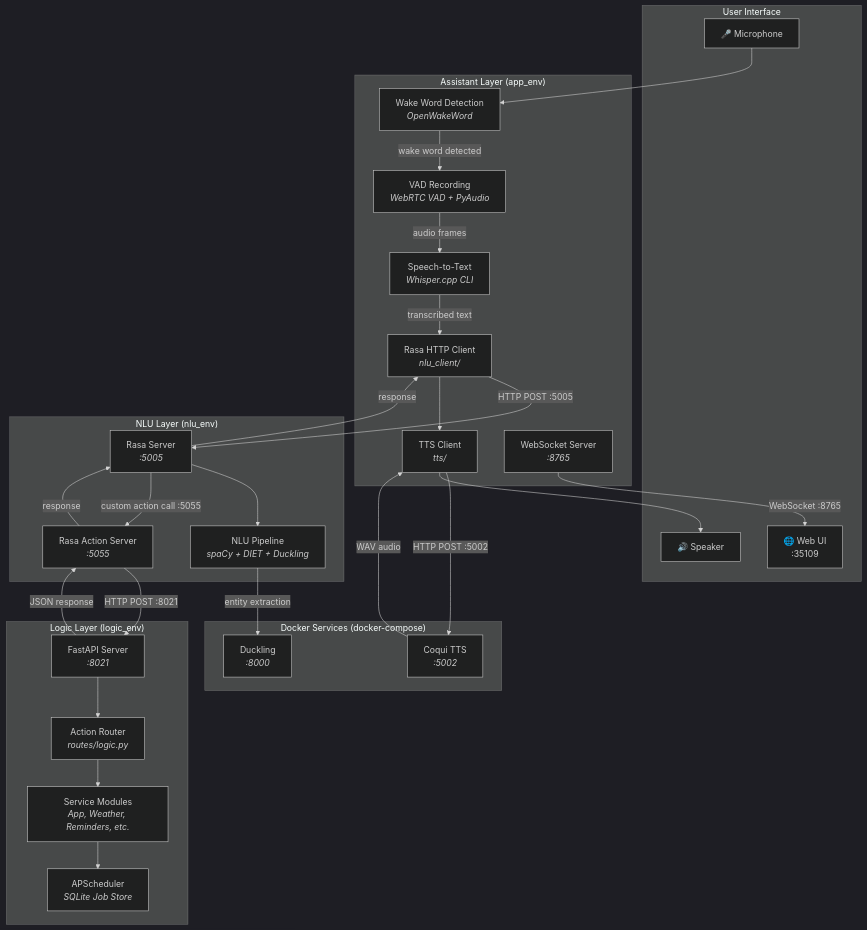
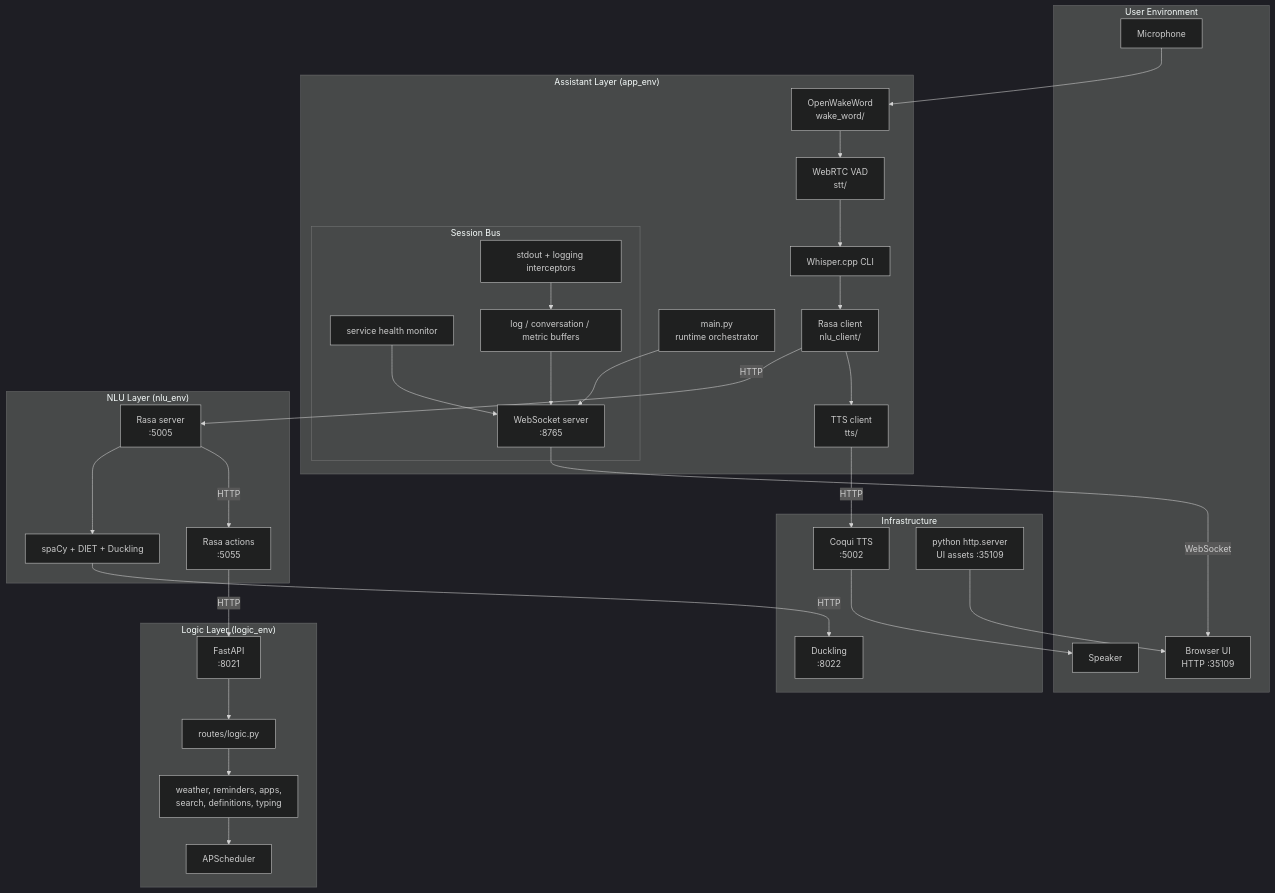
One commit to kumawat-aditya/elisa-assistant changed the first of 5 diagrams in docs/ARCHITECTURE.md. Above: the diagram before and after it, drawn with Mermaid (dark theme). The commit also changed other lines of this file and 4 other files, not shown here.

````diff
--- a/docs/ARCHITECTURE.md
+++ b/docs/ARCHITECTURE.md
@@ -40,56 +39,61 @@
 ```mermaid
 graph TB
-    subgraph User["User Interface"]
-        MIC["🎤 Microphone"]
-        SPK["🔊 Speaker"]
-        BROWSER["🌐 Web UI<br/>:35109"]
+    subgraph User["User Environment"]
+        MIC["Microphone"]
+        SPK["Speaker"]
+        BROWSER["Browser UI<br/>HTTP :35109"]
     end
 
     subgraph Assistant["Assistant Layer (app_env)"]
-        WW["Wake Word Detection<br/><i>OpenWakeWord</i>"]
-        VAD["VAD Recording<br/><i>WebRTC VAD + PyAudio</i>"]
-        STT["Speech-to-Text<br/><i>Whisper.cpp CLI</i>"]
-        NLU_CLIENT["Rasa HTTP Client<br/><i>nlu_client/</i>"]
-        TTS_CLIENT["TTS Client<br/><i>tts/</i>"]
-        WS["WebSocket Server<br/><i>:8765</i>"]
+        MAIN["main.py<br/>runtime orchestrator"]
+        WAKE["OpenWakeWord<br/>wake_word/"]
+        VAD["WebRTC VAD<br/>stt/"]
+        STT["Whisper.cpp CLI"]
+        NLUC["Rasa client<br/>nlu_client/"]
+        TTSC["TTS client<br/>tts/"]
+
+        subgraph SessionBus["Session Bus"]
+            WS["WebSocket server<br/>:8765"]
+            INT["stdout + logging interceptors"]
+            HEALTH["service health monitor"]
+            BUFFERS["log / conversation / metric buffers"]
+        end
     end
 
     subgraph NLU["NLU Layer (nlu_env)"]
-        RASA["Rasa Server<br/><i>:5005</i>"]
-        ACTIONS["Rasa Action Server<br/><i>:5055</i>"]
-        PIPELINE["NLU Pipeline<br/><i>spaCy + DIET + Duckling</i>"]
+        RASA["Rasa server<br/>:5005"]
+        ACTIONS["Rasa actions<br/>:5055"]
+        PIPELINE["spaCy + DIET + Duckling"]
     end
 
     subgraph Logic["Logic Layer (logic_env)"]
-        FASTAPI["FastAPI Server<br/><i>:8021</i>"]
-        ROUTER["Action Router<br/><i>routes/logic.py</i>"]
-        SERVICES["Service Modules<br/><i>App, Weather, Reminders, etc.</i>"]
-        SCHED["APScheduler<br/><i>SQLite Job Store</i>"]
+        FASTAPI["FastAPI<br/>:8021"]
+        ROUTER["routes/logic.py"]
+        SERVICES["weather, reminders, apps,<br/>search, definitions, typing"]
+        SCHED["APScheduler"]
     end
 
-    subgraph Docker["Docker Services (docker-compose)"]
-        COQUI["Coqui TTS<br/><i>:5002</i>"]
-        DUCKLING["Duckling<br/><i>:8000</i>"]
+    subgraph Infra["Infrastructure"]
+        COQUI["Coqui TTS<br/>:5002"]
+        DUCK["Duckling<br/>:8022"]
+        STATIC["python http.server<br/>UI assets :35109"]
     end
 
-    MIC --> WW
-    WW -->|"wake word detected"| VAD
-    VAD -->|"audio frames"| STT
-    STT -->|"transcribed text"| NLU_CLIENT
-    NLU_CLIENT -->|"HTTP POST :5005"| RASA
+    MIC --> WAKE
+    WAKE --> VAD
+    VAD --> STT
+    STT --> NLUC
+    NLUC -->|HTTP| RASA
     RASA --> PIPELINE
-    PIPELINE -->|"entity extraction"| DUCKLING
-    RASA -->|"custom action call :5055"| ACTIONS
-    ACTIONS -->|"HTTP POST :8021"| FASTAPI
-    FASTAPI --> ROUTER
-    ROUTER --> SERVICES
-    SERVICES --> SCHED
-    FASTAPI -->|"JSON response"| ACTIONS
-    ACTIONS -->|"response"| RASA
-    RASA -->|"response"| NLU_CLIENT
-    NLU_CLIENT --> TTS_CLIENT
-    TTS_CLIENT -->|"HTTP POST :5002"| COQUI
-    COQUI -->|"WAV audio"| TTS_CLIENT
-    TTS_CLIENT --> SPK
-    WS -->|"WebSocket :8765"| BROWSER
+    PIPELINE -->|HTTP| DUCK
+    RASA -->|HTTP| ACTIONS
+    ACTIONS -->|HTTP| FASTAPI
+    FASTAPI --> ROUTER --> SERVICES --> SCHED
+    NLUC --> TTSC -->|HTTP| COQUI --> SPK
+
+    MAIN --> WS
+    INT --> BUFFERS --> WS
+    HEALTH --> WS
+    STATIC --> BROWSER
+    WS -->|WebSocket| BROWSER
 ```
````
